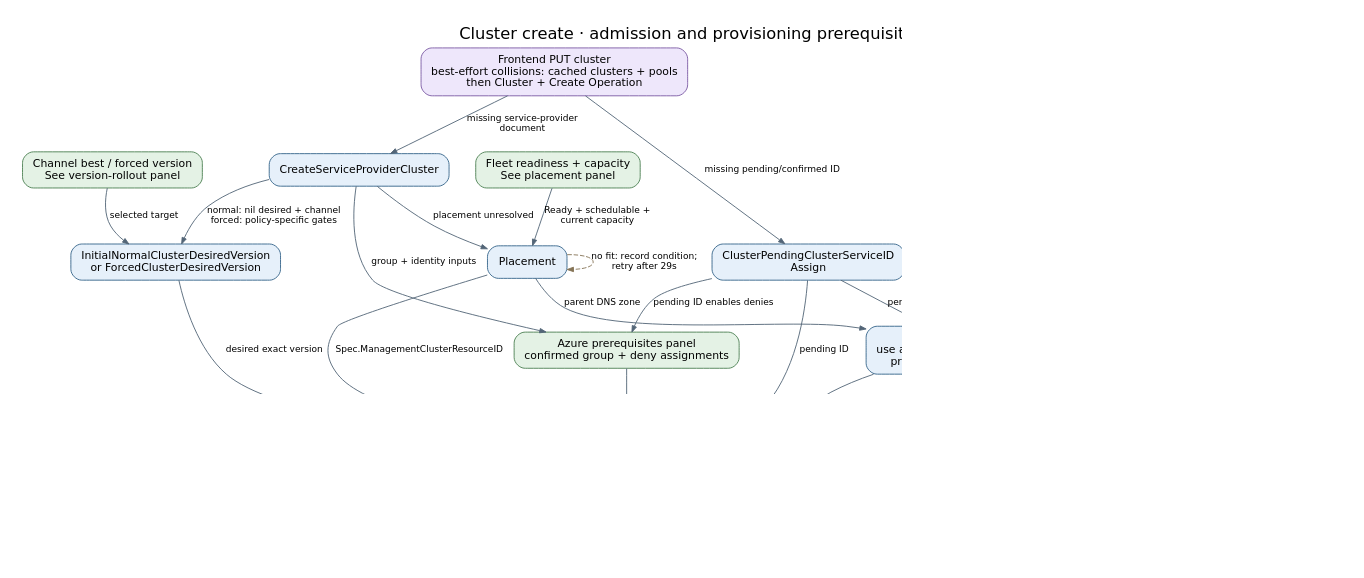
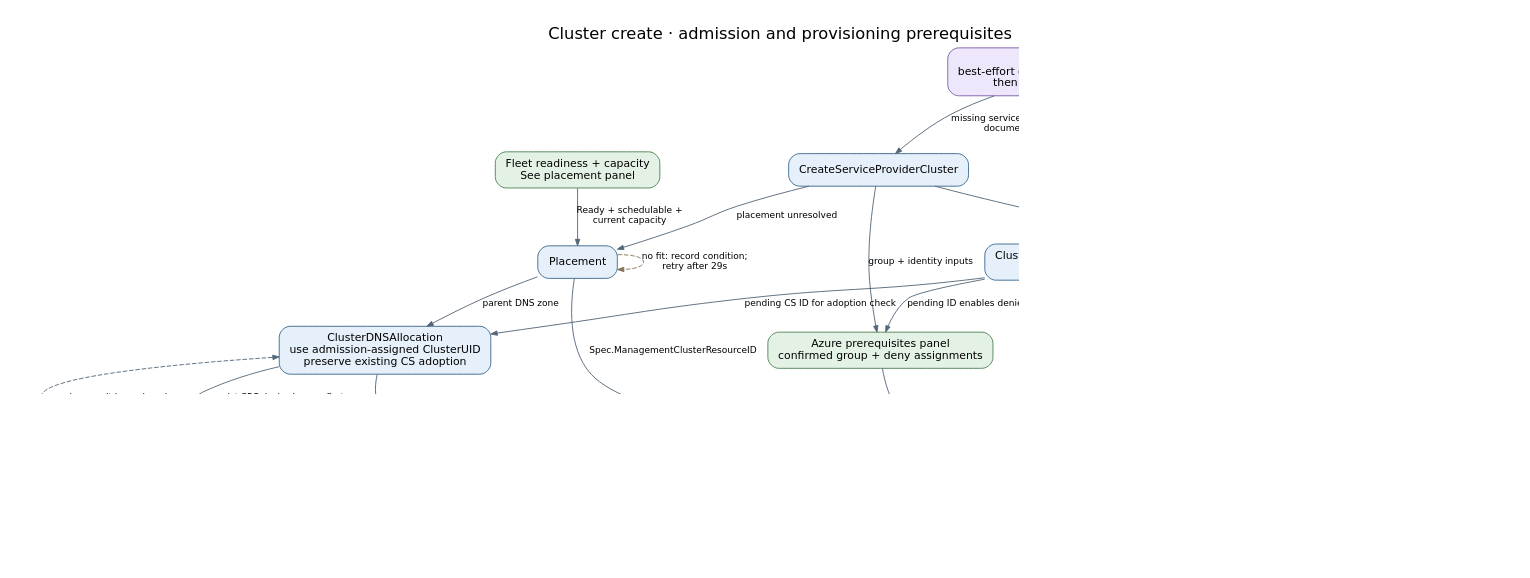
Before and after one commit to Azure/ARO-HCP: the diagram in docs/generated/diagrams/controller-flows/cluster-create.dot, drawn with Graphviz. The commit also changed 38 other files, not shown here.

```diff
--- a/docs/generated/diagrams/controller-flows/cluster-create.dot
+++ b/docs/generated/diagrams/controller-flows/cluster-create.dot
@@ -1,37 +1,41 @@
 digraph cluster_create {
   graph [rankdir=TB, bgcolor="white", pad="0.3", nodesep="0.4", ranksep="0.55", fontname="DejaVu Sans", fontsize=18, labelloc=t, label="Cluster create · admission and provisioning prerequisites", dpi=110];
   node [shape=box, style="rounded,filled", fillcolor="#e6f0fa", color="#35648a", fontname="DejaVu Sans", fontsize=12, margin="0.16,0.10"];
   edge [color="#536577", fontname="DejaVu Sans", fontsize=10, arrowsize=0.7];
   put [label="Frontend PUT cluster\nbest-effort collisions: cached clusters + pools\nthen Cluster + Create Operation", fillcolor="#eee7fb", color="#7b59a4"];
   sp [label="CreateServiceProviderCluster", fillcolor="#e6f0fa", color="#35648a"];
   id [label="ClusterPendingClusterServiceID\nAssign", fillcolor="#e6f0fa", color="#35648a"];
   ver [label="InitialNormalClusterDesiredVersion\nor ForcedClusterDesiredVersion", fillcolor="#e6f0fa", color="#35648a"];
   rollout [label="Channel best / forced version\nSee version-rollout panel", fillcolor="#e4f2e5", color="#4c8053"];
   place [label="Placement", fillcolor="#e6f0fa", color="#35648a"];
   fleet [label="Fleet readiness + capacity\nSee placement panel", fillcolor="#e4f2e5", color="#4c8053"];
   azure [label="Azure prerequisites panel\nconfirmed group + deny assignments", fillcolor="#e4f2e5", color="#4c8053"];
   create [label="ClusterClusterServiceCreate", fillcolor="#e6f0fa", color="#35648a"];
+  federation [label="Data-plane OIDC federation panel\nall required operators: target identity ensured\nlast observation, not live Azure health", fillcolor="#e4f2e5", color="#4c8053"];
   cs [label="Cluster Service cluster exists\nClusterServiceID confirmed\nContinue in convergence panel", fillcolor="#e4f2e5", color="#4c8053"];
   put -> sp [label="missing service-provider\ndocument"];
   put -> id [label="missing pending/confirmed ID"];
   sp -> ver [label="normal: nil desired + channel\nforced: policy-specific gates"];
   rollout -> ver [label="selected target"];
   sp -> place [label="placement unresolved"];
   fleet -> place [label="Ready + schedulable +\ncurrent capacity"];
   place -> place [label="no fit: record condition;\nretry after 29s", style=dashed, color="#857456", constraint=false];
   sp -> azure [label="group + identity inputs"];
   id -> azure [label="pending ID enables denies"];
   id -> create [label="pending ID"];
+  id -> federation [label="pending ID permits credential naming"];
+  put -> federation [label="desired operator identities"];
+  federation -> create [label="required before adoption / POST\nAND other prerequisites"];
   ver -> create [label="desired exact version"];
   place -> create [label="Spec.ManagementClusterResourceID"];
   azure -> create [label="deny precondition if enabled"];
   allocation [label="ClusterDNSAllocation\nuse admission-assigned ClusterUID\npreserve existing CS adoption", fillcolor="#e6f0fa", color="#35648a"];
   claims [label="Fleet DNS claim\nparent zone + five-character slug\nowner = ARO ClusterUID", fillcolor="#e4f2e5", color="#4c8053"];
   place -> allocation [label="parent DNS zone"];
   id -> allocation [label="pending CS ID for adoption check"];
   allocation -> claims [label="persist SPC desired name first;\ncreate claim in separate reconcile"];
   claims -> allocation [label="owned: commit base domain\nconflict: choose another", style=dashed];
   allocation -> create [label="new POST only: persisted prefix + base domain"];
   create -> cs [label="adopt before DNS gate or POST allocated name;\npersist CS ID in same reconcile"];
   create -> create [label="missing prerequisite: wait", style=dashed, color="#857456", constraint=false];
 }
```
